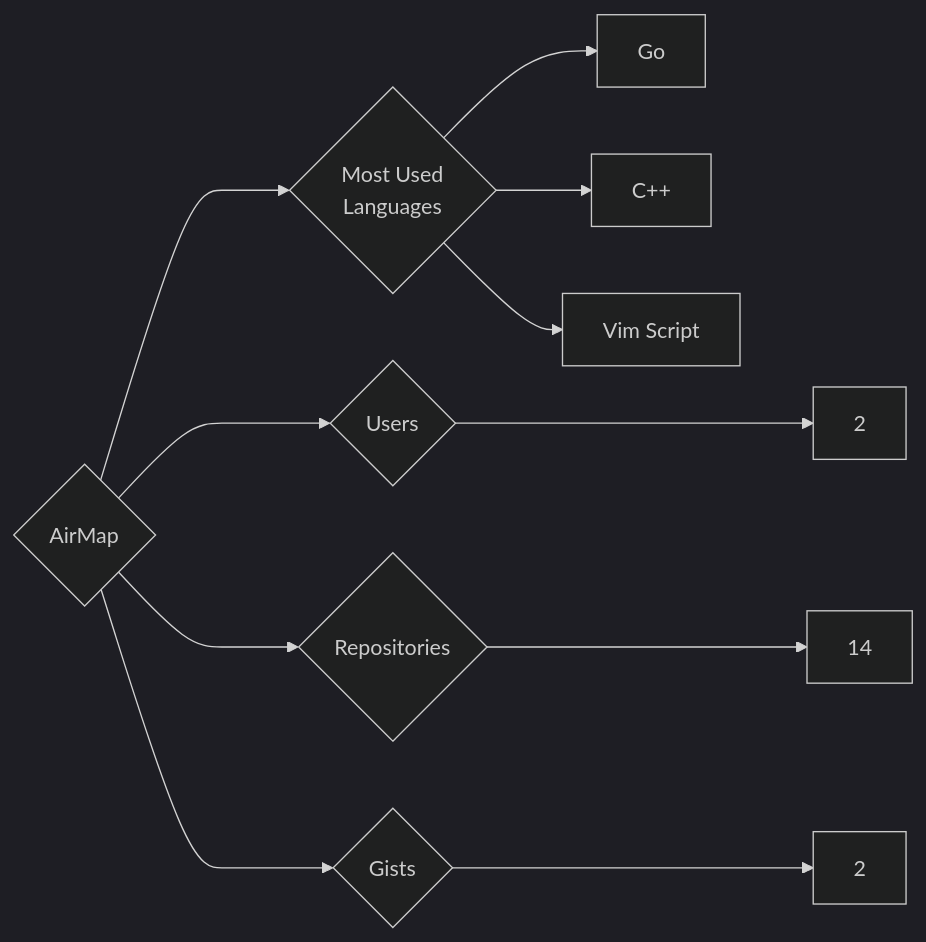
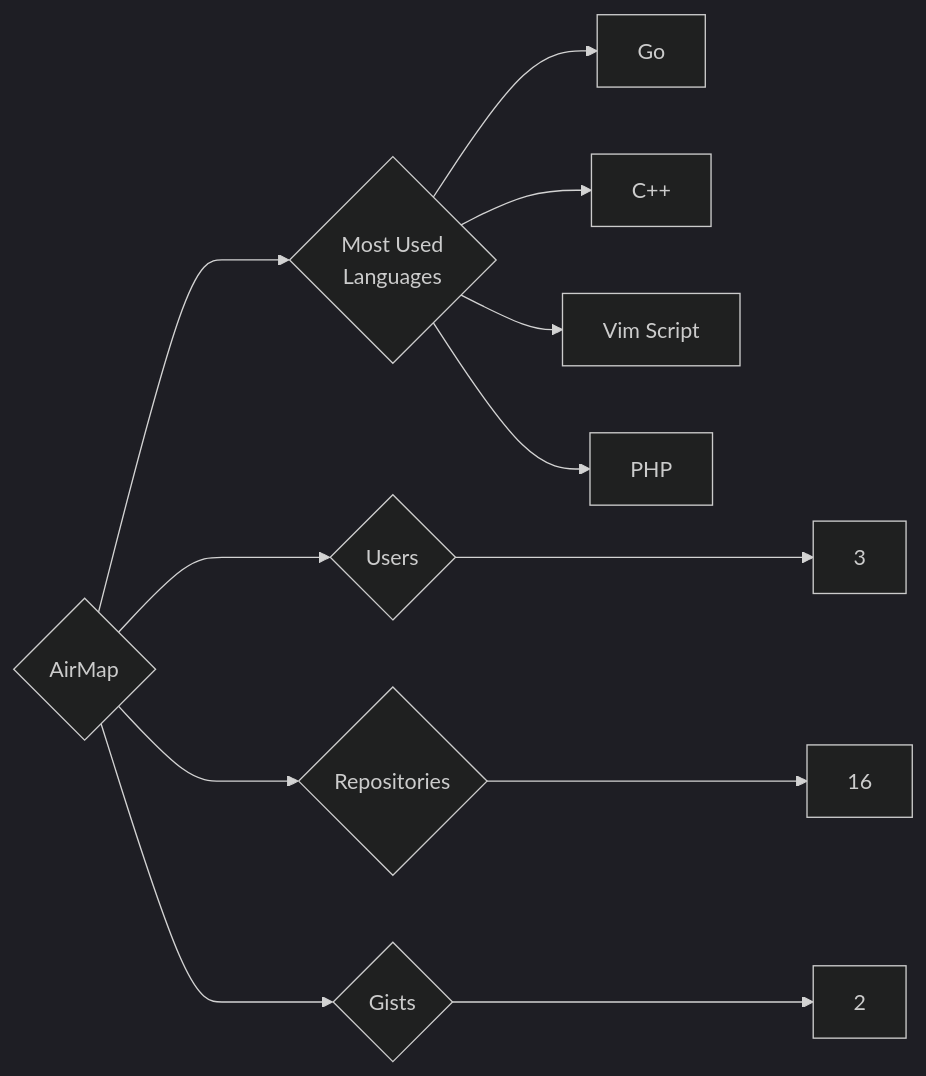
One commit to trickest/insiders changed the diagram in targets/AirMap/README.md. Above: the diagram before and after it, drawn with Mermaid (dark theme). The commit also changed 745 other files, not shown here.

````diff
--- a/targets/AirMap/README.md
+++ b/targets/AirMap/README.md
@@ -3,11 +3,12 @@
 ```mermaid
 graph LR
 COMPANY_NAME{AirMap}
-COMPANY_NAME ---> U{Users} ---> UN[2]
-COMPANY_NAME ---> R{Repositories} ---> RN[14]
+COMPANY_NAME ---> U{Users} ---> UN[3]
+COMPANY_NAME ---> R{Repositories} ---> RN[16]
 COMPANY_NAME ---> G{Gists} ---> GN[2]
 COMPANY_NAME ---> ML{Most Used<br>Languages}
 ML --> Go[Go]
 ML --> C++[C++]
 ML --> Vim_Script[Vim Script]
+ML --> PHP[PHP]
 ```
````
